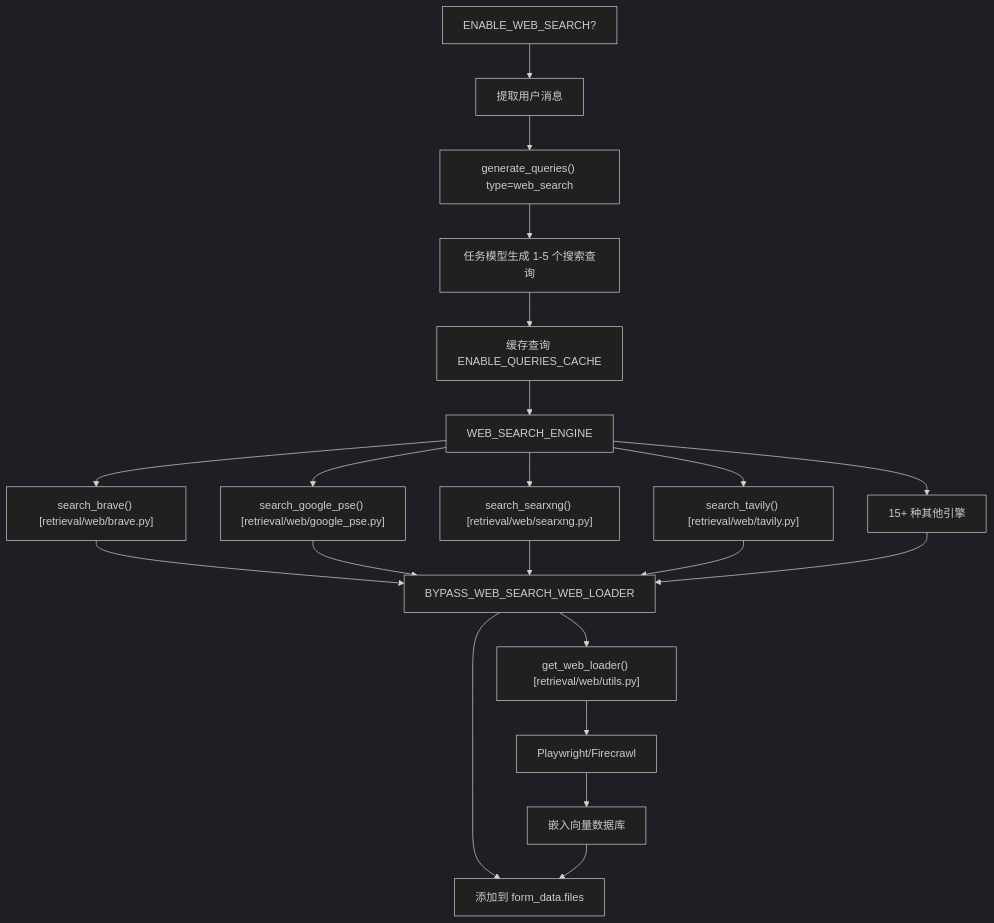
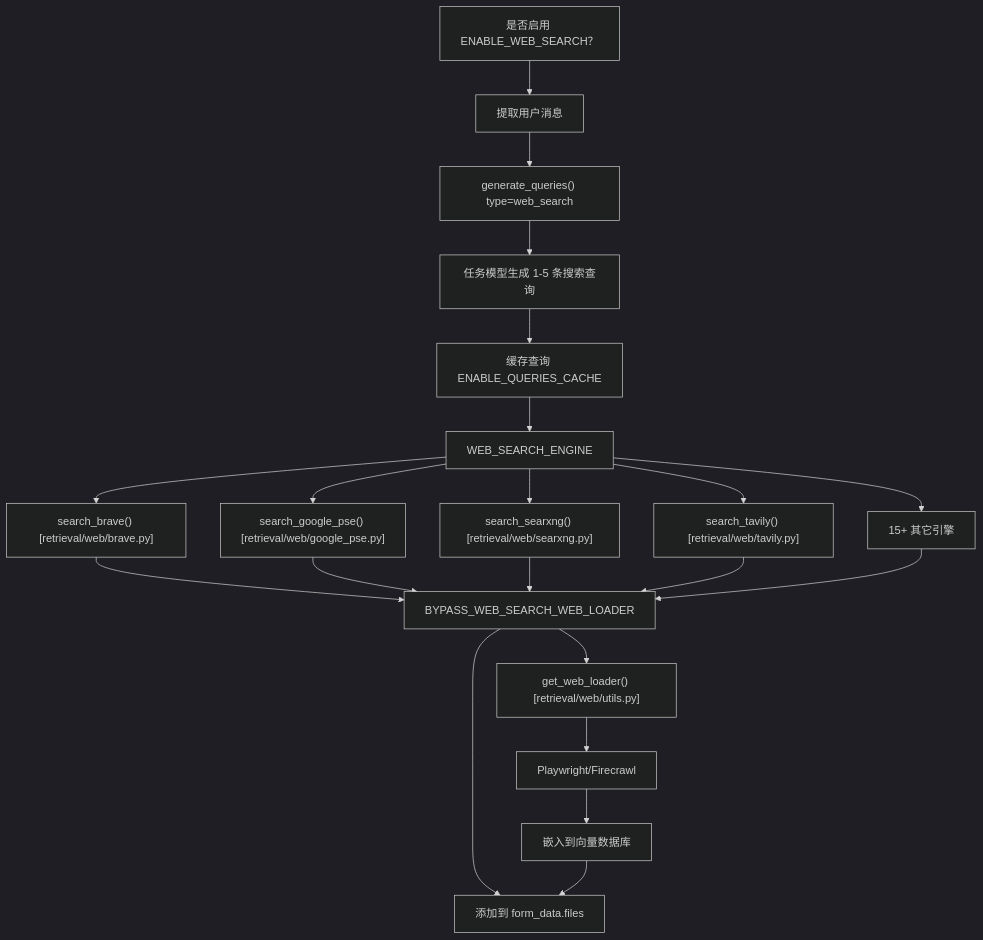
Before and after one commit to Chesszyh/Wiki: the seventh of 10 diagrams in tests/open-webui_deepwiki/zh/6-backend-processing-pipeline.md, drawn with Mermaid (dark theme). The commit also changed other lines of this file and 234 other files, not shown here.

````diff
--- a/tests/open-webui_deepwiki/zh/6-backend-processing-pipeline.md
+++ b/tests/open-webui_deepwiki/zh/6-backend-processing-pipeline.md
@@ -406,40 +406,40 @@
 ```mermaid
 flowchart TD
-    CheckEnabled["ENABLE_WEB_SEARCH?"]
+    CheckEnabled["是否启用 ENABLE_WEB_SEARCH？"]
     LastMessage["提取用户消息"]
     GenQueries["generate_queries() type=web_search"]
-    TaskModel["任务模型生成 1-5 个搜索查询"]
+    TaskModel["任务模型生成 1-5 条搜索查询"]
     CacheQueries["缓存查询 ENABLE_QUERIES_CACHE"]
     SearchEngine["WEB_SEARCH_ENGINE"]
     BraveAPI["search_brave() [retrieval/web/brave.py]"]
     GooglePSE["search_google_pse() [retrieval/web/google_pse.py]"]
     SearxNG["search_searxng() [retrieval/web/searxng.py]"]
     Tavily["search_tavily() [retrieval/web/tavily.py]"]
-    OtherEngines["15+ 种其他引擎"]
+    OtherEngines["15+ 其它引擎"]
     BypassLoader["BYPASS_WEB_SEARCH_WEB_LOADER"]
     LoadPages["get_web_loader() [retrieval/web/utils.py]"]
     ExtractContent["Playwright/Firecrawl"]
-    EmbedDocs["嵌入向量数据库"]
+    EmbedDocs["嵌入到向量数据库"]
     AddToFiles["添加到 form_data.files"]
 
     CheckEnabled --> LastMessage
     LastMessage --> GenQueries
     GenQueries --> TaskModel
     TaskModel --> CacheQueries
     CacheQueries --> SearchEngine
     SearchEngine --> BraveAPI
     SearchEngine --> GooglePSE
     SearchEngine --> SearxNG
     SearchEngine --> Tavily
     SearchEngine --> OtherEngines
     BraveAPI --> BypassLoader
     GooglePSE --> BypassLoader
     SearxNG --> BypassLoader
     Tavily --> BypassLoader
     OtherEngines --> BypassLoader
     BypassLoader --> LoadPages
     BypassLoader --> AddToFiles
     LoadPages --> ExtractContent
     ExtractContent --> EmbedDocs
     EmbedDocs --> AddToFiles
 ```
````
